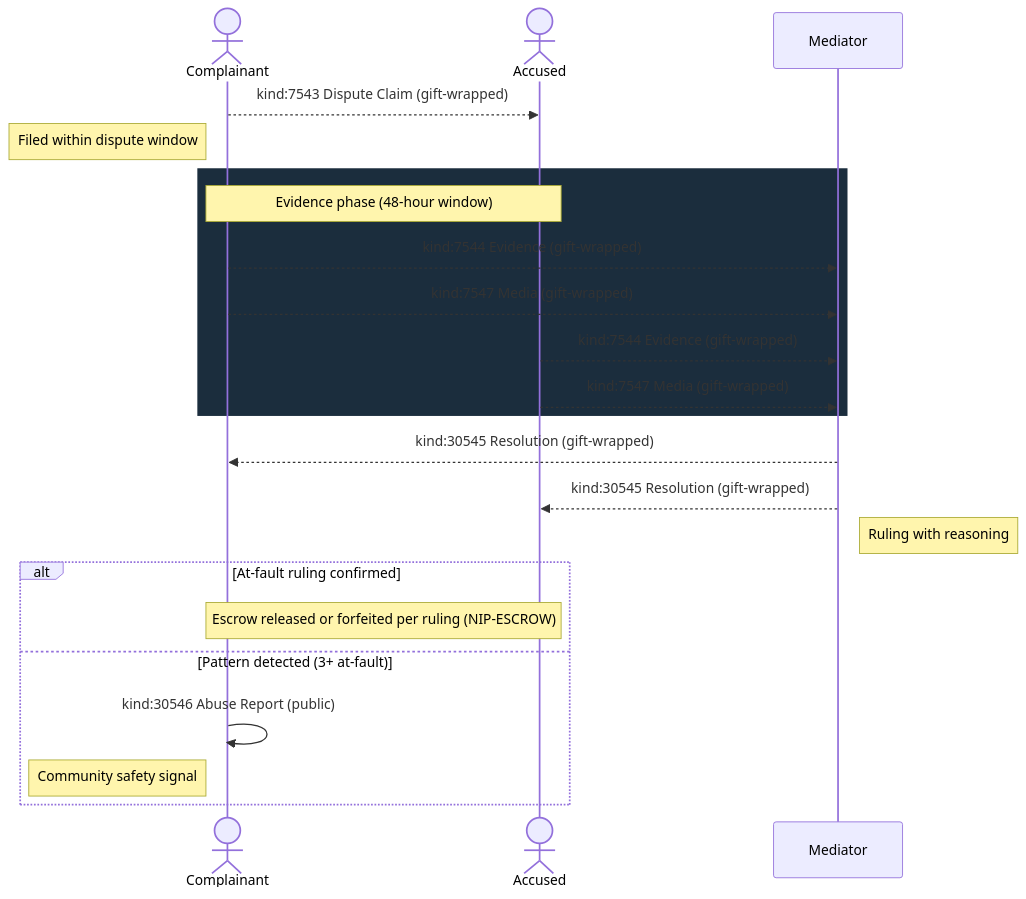
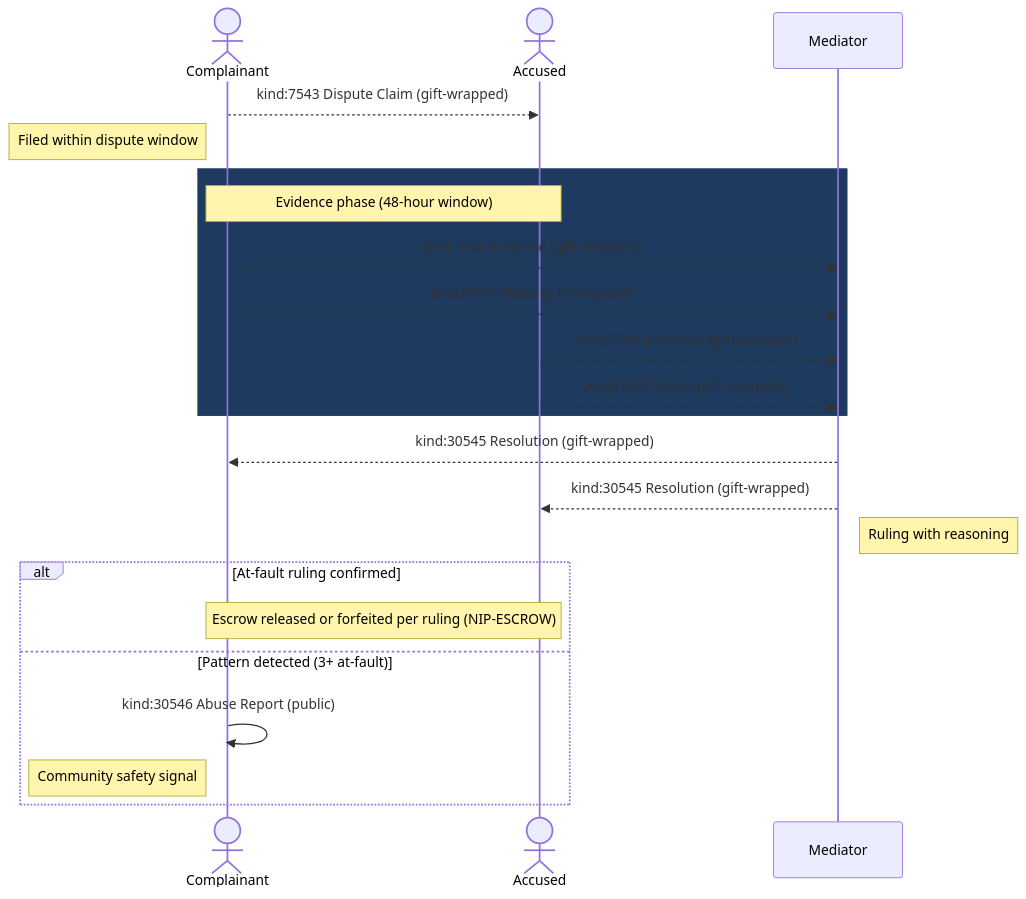
One commit to forgesworn/nip-drafts changed the diagram in images/disputes-1-dispute-flow.mmd. Above: the diagram before and after it, drawn with Mermaid. The commit also changed 34 other files, not shown here.

First line of the commit message:
fix: improve diagram contrast and readability

```diff
--- a/images/disputes-1-dispute-flow.mmd
+++ b/images/disputes-1-dispute-flow.mmd
@@ -1,26 +1,26 @@
 sequenceDiagram
     actor C as Complainant
     actor A as Accused
     participant M as Mediator
 
     C-->>A: kind:7543 Dispute Claim (gift-wrapped)
     Note left of C: Filed within dispute window
 
-    rect rgb(27, 45, 61)
+    rect rgb(30, 58, 95)
         Note over C,A: Evidence phase (48-hour window)
         C-->>M: kind:7544 Evidence (gift-wrapped)
         C-->>M: kind:7547 Media (gift-wrapped)
         A-->>M: kind:7544 Evidence (gift-wrapped)
         A-->>M: kind:7547 Media (gift-wrapped)
     end
 
     M-->>C: kind:30545 Resolution (gift-wrapped)
     M-->>A: kind:30545 Resolution (gift-wrapped)
     Note right of M: Ruling with reasoning
 
     alt At-fault ruling confirmed
         Note over C,A: Escrow released or forfeited per ruling (NIP-ESCROW)
     else Pattern detected (3+ at-fault)
         C->>C: kind:30546 Abuse Report (public)
         Note left of C: Community safety signal
     end
```
